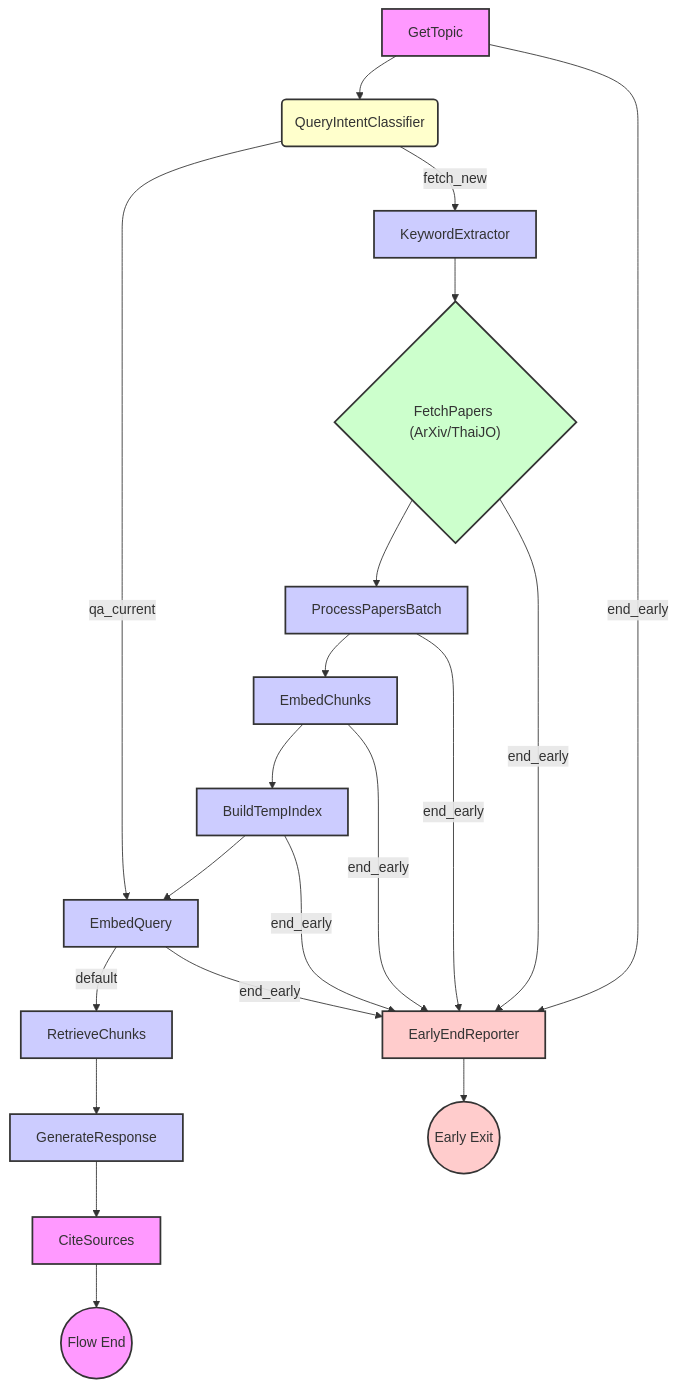
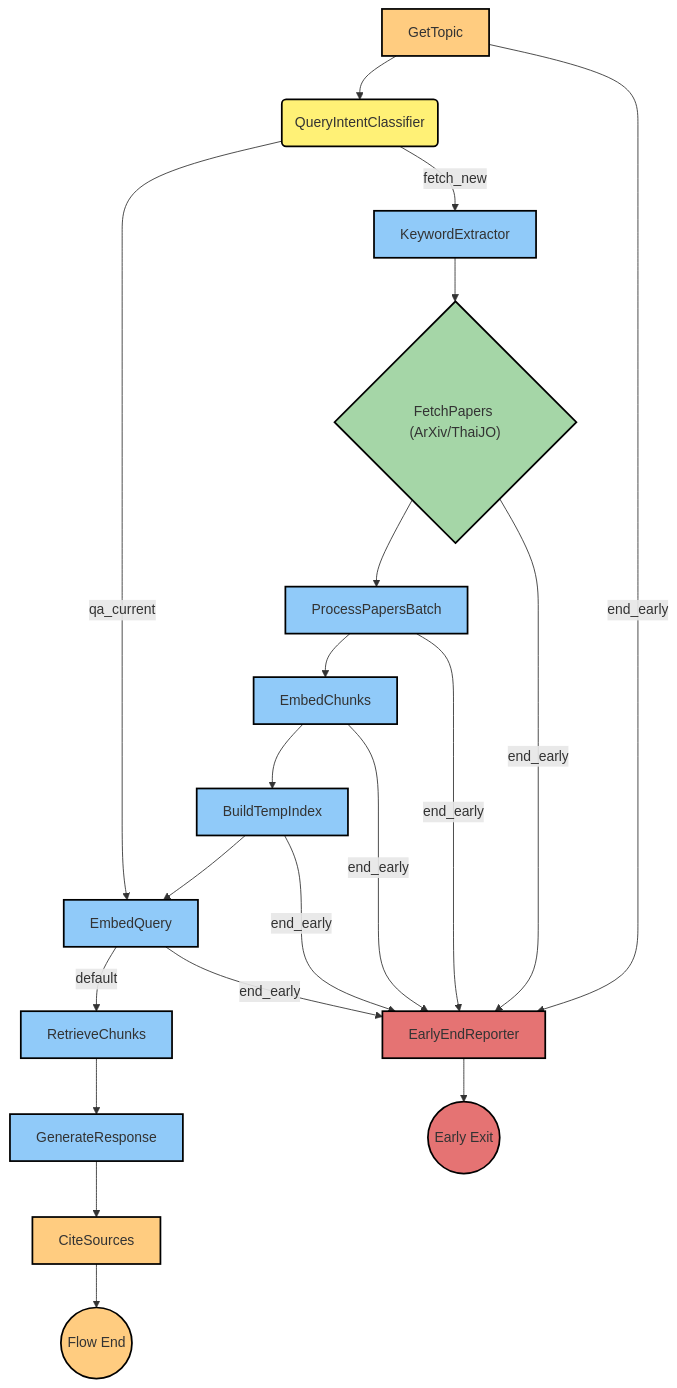
One commit to microhum/Pocketflow_Research_Agent changed the diagram in README.md. Above: the diagram before and after it, drawn with Mermaid.

Commit message:
docs: make mermaid more visualizable

````diff
--- a/README.md
+++ b/README.md
@@ -131,41 +131,42 @@
 ```mermaid
 flowchart TD
     A[GetTopic] --> B(QueryIntentClassifier)
 
     B -- "fetch_new" --> C[KeywordExtractor]
     C --> D{"FetchPapers (ArXiv/ThaiJO)"}
     D --> E[ProcessPapersBatch]
     E --> F[EmbedChunks]
     F --> G[BuildTempIndex]
     G --> H[EmbedQuery]
 
     B -- "qa_current" --> H
 
     H -- "default" --> I[RetrieveChunks]
     I --> J[GenerateResponse]
     J --> K[CiteSources]
     K --> L((Flow End))
 
     %% Early Exit Path
     X[EarlyEndReporter] --> Y((Early Exit))
 
     A -- "end_early" --> X
     D -- "end_early" --> X
     E -- "end_early" --> X
     F -- "end_early" --> X
     G -- "end_early" --> X
     H -- "end_early" --> X
 
-    classDef startEnd fill:#f9f,stroke:#333,stroke-width:2px
-    classDef process  fill:#ccf,stroke:#333,stroke-width:2px
-    classDef decision fill:#ffc,stroke:#333,stroke-width:2px
-    classDef io       fill:#cfc,stroke:#333,stroke-width:2px
-    classDef early    fill:#fcc,stroke:#333,stroke-width:2px
+    classDef startEnd fill:#FFCC80,stroke:#000,stroke-width:2px
+    classDef process  fill:#90CAF9,stroke:#000,stroke-width:2px
+    classDef decision fill:#FFF176,stroke:#000,stroke-width:2px
+    classDef io       fill:#A5D6A7,stroke:#000,stroke-width:2px
+    classDef early    fill:#E57373,stroke:#000,stroke-width:2px
 
     class A,K,L startEnd
     class C,E,F,G,H,I,J process
     class B decision
     class D io
     class X,Y early
 
+
 ```
````
